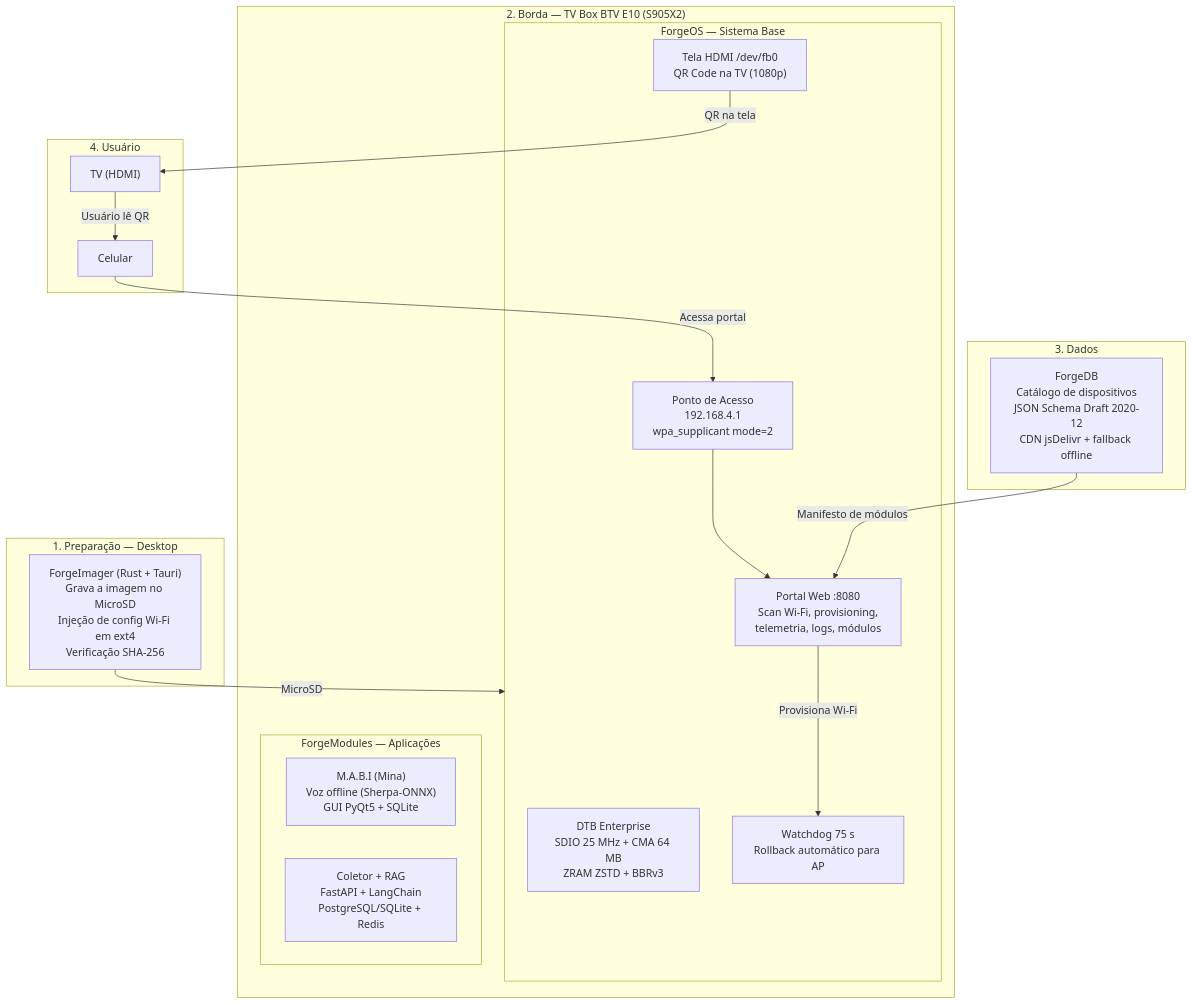
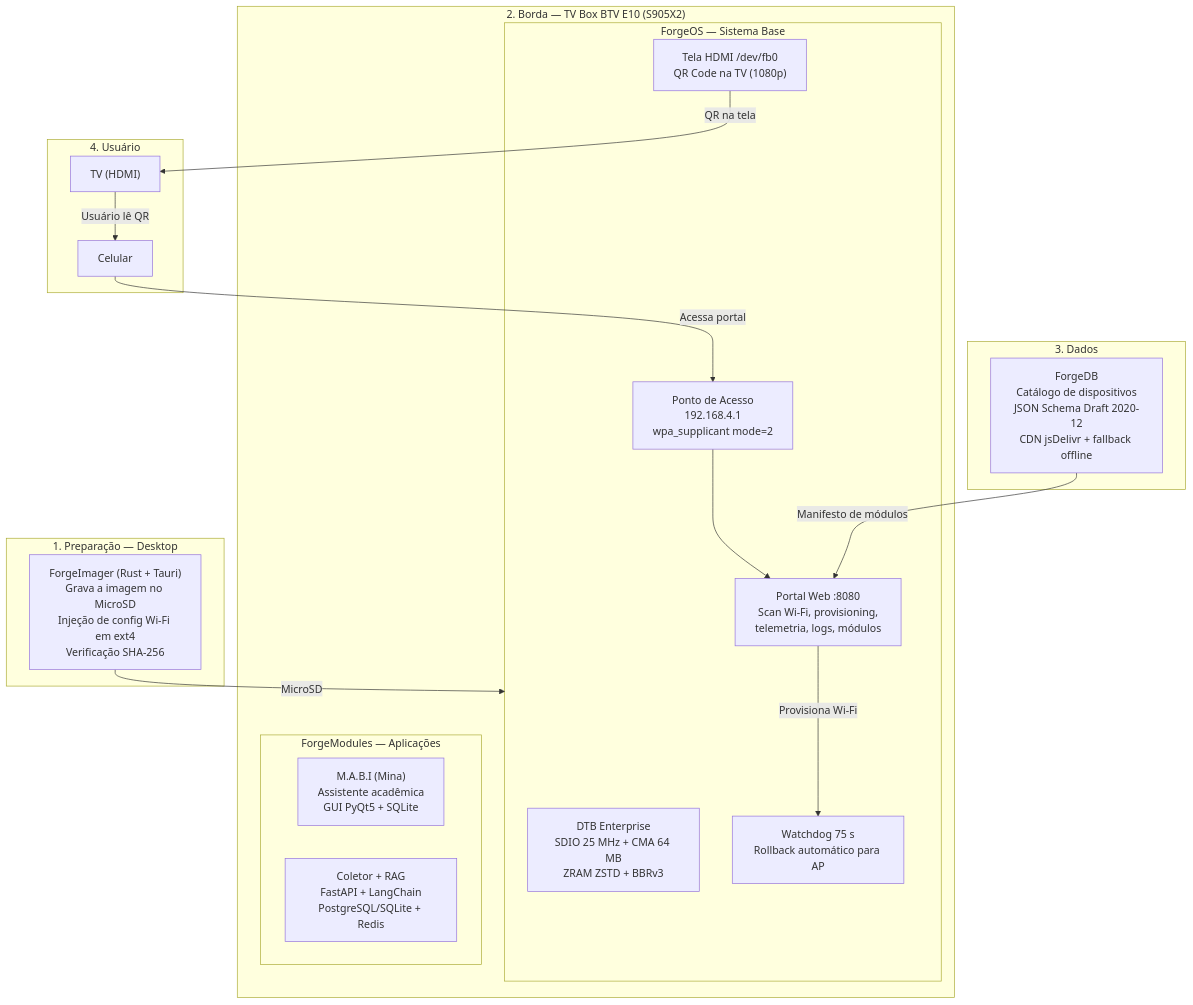
The diagram in Projeto Equipe 1/readme.md (gasiepgodoy/Hackathon-TV-Box-E10), drawn with Mermaid before and after one commit. The commit also changed other lines of this file and 2 other files, not shown here.

````diff
--- a/Projeto Equipe 1/readme.md
+++ b/Projeto Equipe 1/readme.md
@@ -92,37 +92,37 @@
 ```mermaid
 flowchart TB
     subgraph Desktop["1. Preparação — Desktop"]
         FI["ForgeImager (Rust + Tauri)<br/>Grava a imagem no MicroSD<br/>Injeção de config Wi-Fi em ext4<br/>Verificação SHA-256"]
     end
 
     subgraph Borda["2. Borda — TV Box BTV E10 (S905X2)"]
         subgraph OS["ForgeOS — Sistema Base"]
             DTB["DTB Enterprise<br/>SDIO 25 MHz + CMA 64 MB<br/>ZRAM ZSTD + BBRv3"]
             AP["Ponto de Acesso<br/>192.168.4.1<br/>wpa_supplicant mode=2"]
             DISP["Tela HDMI /dev/fb0<br/>QR Code na TV (1080p)"]
             PORTAL["Portal Web :8080<br/>Scan Wi-Fi, provisioning,<br/>telemetria, logs, módulos"]
             WATCH["Watchdog 75 s<br/>Rollback automático para AP"]
         end
         subgraph Modules["ForgeModules — Aplicações"]
-            MABI["M.A.B.I (Mina)<br/>Voz offline (Sherpa-ONNX)<br/>GUI PyQt5 + SQLite"]
+            MABI["M.A.B.I (Mina)<br/>Assistente acadêmica<br/>GUI PyQt5 + SQLite"]
             RAG["Coletor + RAG<br/>FastAPI + LangChain<br/>PostgreSQL/SQLite + Redis"]
         end
     end
 
     subgraph Dados["3. Dados"]
         FDB["ForgeDB<br/>Catálogo de dispositivos<br/>JSON Schema Draft 2020-12<br/>CDN jsDelivr + fallback offline"]
     end
 
     subgraph User["4. Usuário"]
         TV["TV (HDMI)"]
         CEL["Celular"]
     end
 
     FI -->|MicroSD| OS
     DISP -->|QR na tela| TV
     TV -->|Usuário lê QR| CEL
     CEL -->|Acessa portal| AP
     AP --> PORTAL
     PORTAL -->|Provisiona Wi-Fi| WATCH
     FDB -->|Manifesto de módulos| PORTAL
 ```
````
